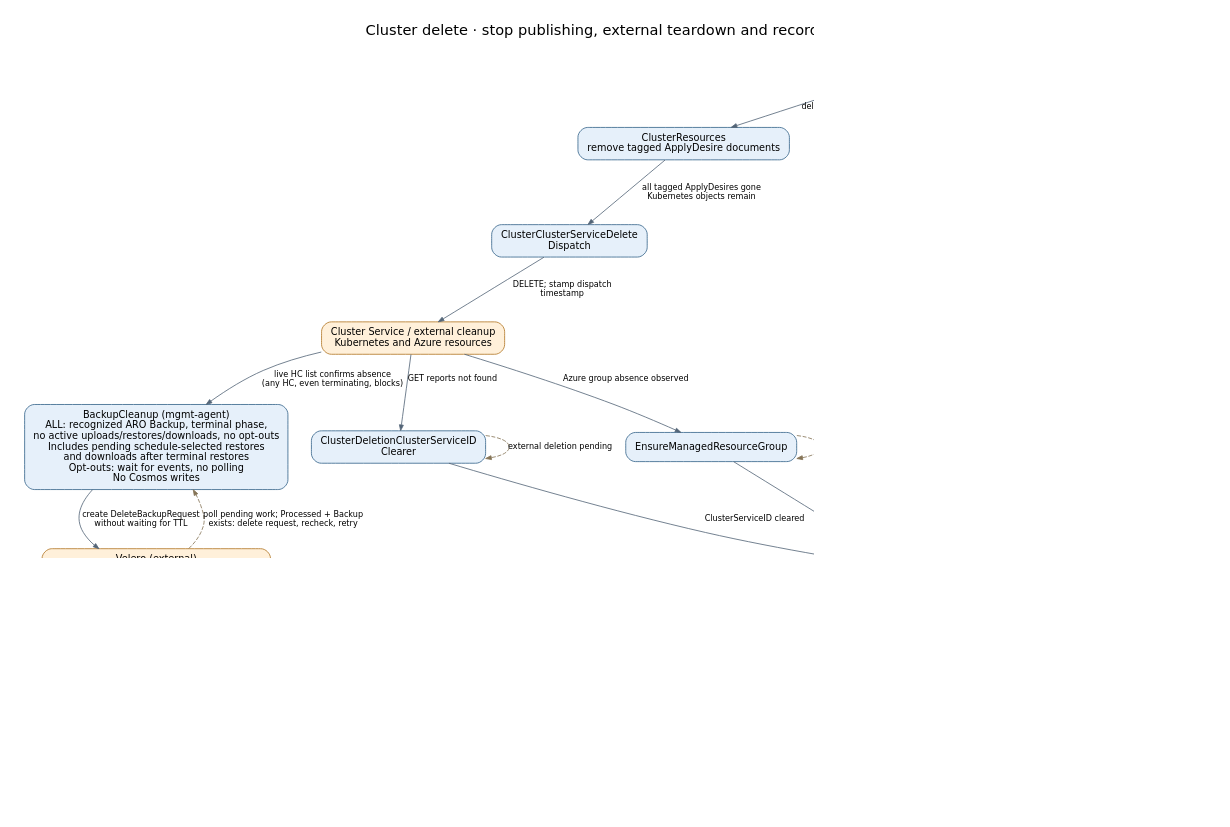
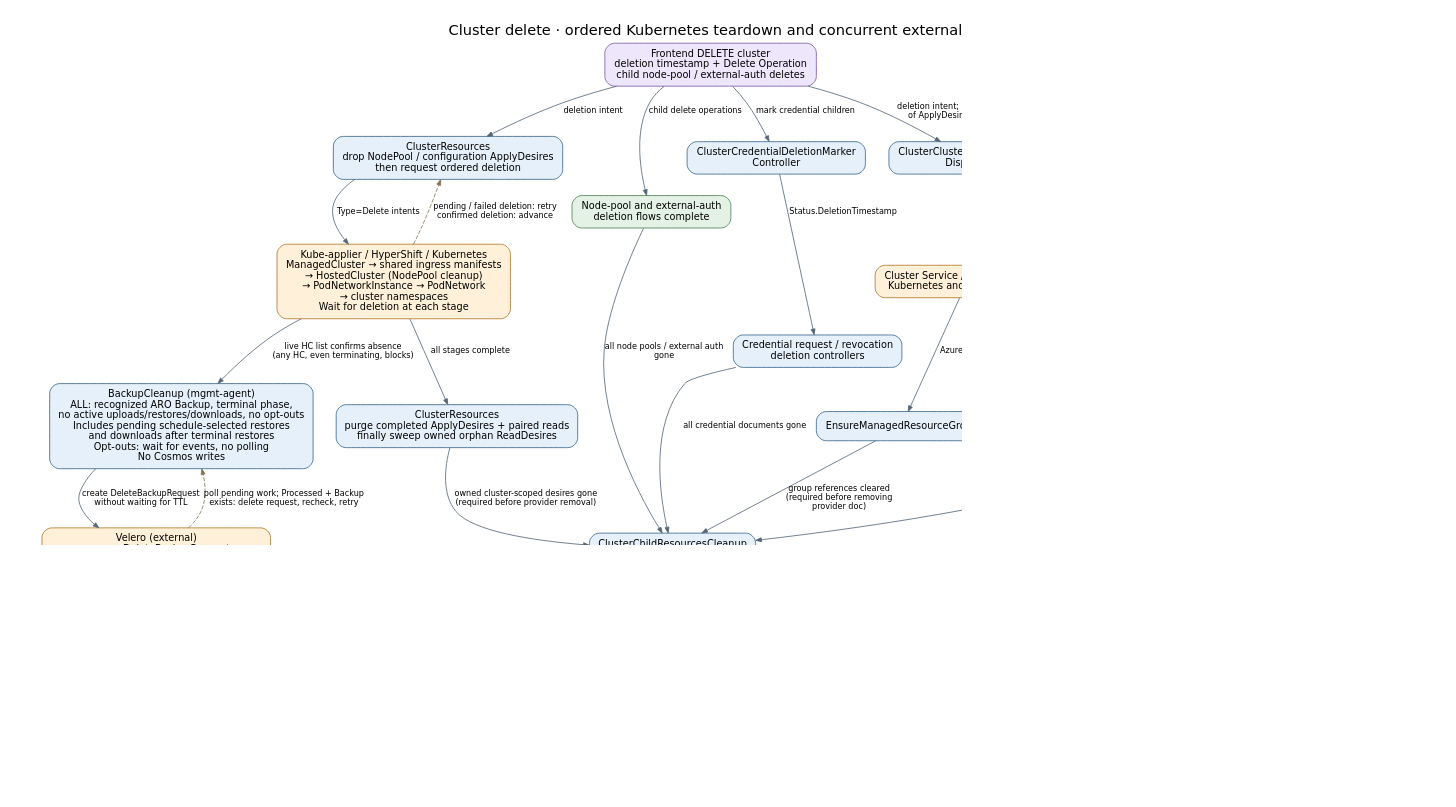
One commit to Azure/ARO-HCP changed the diagram in docs/diagrams/controller-flows/cluster-delete.dot. Above: the diagram before and after it, drawn with Graphviz. The commit also changed 5 other files, not shown here.

```diff
--- a/docs/diagrams/controller-flows/cluster-delete.dot
+++ b/docs/diagrams/controller-flows/cluster-delete.dot
@@ -1,42 +1,48 @@
 digraph cluster_delete {
-  graph [rankdir=TB, bgcolor="white", pad="0.3", nodesep="0.4", ranksep="0.55", fontname="DejaVu Sans", fontsize=18, labelloc=t, label="Cluster delete · stop publishing, external teardown and record cleanup", dpi=110];
+  graph [rankdir=TB, bgcolor="white", pad="0.3", nodesep="0.4", ranksep="0.55", fontname="DejaVu Sans", fontsize=18, labelloc=t, label="Cluster delete · ordered Kubernetes teardown and concurrent external cleanup", dpi=110];
   node [shape=box, style="rounded,filled", fillcolor="#e6f0fa", color="#35648a", fontname="DejaVu Sans", fontsize=12, margin="0.16,0.10"];
   edge [color="#536577", fontname="DejaVu Sans", fontsize=10, arrowsize=0.7];
   delete [label="Frontend DELETE cluster\ndeletion timestamp + Delete Operation\nchild node-pool / external-auth deletes", fillcolor="#eee7fb", color="#7b59a4"];
-  resources [label="ClusterResources\nremove tagged ApplyDesire documents", fillcolor="#e6f0fa", color="#35648a"];
+  resources [label="ClusterResources\ndrop NodePool / configuration ApplyDesires\nthen request ordered deletion", fillcolor="#e6f0fa", color="#35648a"];
+  ordered [label="Kube-applier / HyperShift / Kubernetes\nManagedCluster → shared ingress manifests\n→ HostedCluster (NodePool cleanup)\n→ PodNetworkInstance → PodNetwork\n→ cluster namespaces\nWait for deletion at each stage", fillcolor="#fff0da", color="#b27624"];
+  drained [label="ClusterResources\npurge completed ApplyDesires + paired reads\nfinally sweep owned orphan ReadDesires", fillcolor="#e6f0fa", color="#35648a"];
   dispatch [label="ClusterClusterServiceDelete\nDispatch", fillcolor="#e6f0fa", color="#35648a"];
   cs [label="Cluster Service / external cleanup\nKubernetes and Azure resources", fillcolor="#fff0da", color="#b27624"];
   clear [label="ClusterDeletionClusterServiceID\nClearer", fillcolor="#e6f0fa", color="#35648a"];
   marker [label="ClusterCredentialDeletionMarker\nController", fillcolor="#e6f0fa", color="#35648a"];
   credentials [label="Credential request / revocation\ndeletion controllers", fillcolor="#e6f0fa", color="#35648a"];
   children [label="Node-pool and external-auth\ndeletion flows complete", fillcolor="#e4f2e5", color="#4c8053"];
   group [label="EnsureManagedResourceGroup", fillcolor="#e6f0fa", color="#35648a"];
   cleanup [label="ClusterChildResourcesCleanup\nController", fillcolor="#e6f0fa", color="#35648a"];
   final [label="ClusterDeletionController", fillcolor="#e6f0fa", color="#35648a"];
   op [label="OperationClusterDelete", fillcolor="#e6f0fa", color="#35648a"];
   done [label="ARM Delete Operation Succeeded", fillcolor="#e4f2e5", color="#4c8053"];
   backups [label="BackupCleanup (mgmt-agent)\nALL: recognized ARO Backup, terminal phase,\nno active uploads/restores/downloads, no opt-outs\nIncludes pending schedule-selected restores\nand downloads after terminal restores\nOpt-outs: wait for events, no polling\nNo Cosmos writes", fillcolor="#e6f0fa", color="#35648a"];
   velero [label="Velero (external)\nprocess DeleteBackupRequest\ndelete Backup and associated backup data", fillcolor="#fff0da", color="#b27624"];
   retained [label="Backup absent: stop reconciling\nBackupRepositories retained for Kopia maintenance\nNot proof of repository GC; not an ARM gate", fillcolor="#e4f2e5", color="#4c8053"];
   delete -> resources [label="deletion intent"];
-  resources -> dispatch [label="all tagged ApplyDesires gone\nKubernetes objects remain"];
+  resources -> ordered [label="Type=Delete intents"];
+  ordered -> resources [label="pending / failed deletion: retry\nconfirmed deletion: advance", style=dashed, color="#857456"];
+  ordered -> drained [label="all stages complete"];
+  drained -> cleanup [label="owned cluster-scoped desires gone\n(required before provider removal)"];
+  delete -> dispatch [label="deletion intent; independent\nof ApplyDesire cleanup"];
   dispatch -> cs [label="DELETE; stamp dispatch\ntimestamp"];
   cs -> clear [label="GET reports not found"];
-  cs -> backups [label="live HC list confirms absence\n(any HC, even terminating, blocks)"];
+  ordered -> backups [label="live HC list confirms absence\n(any HC, even terminating, blocks)"];
   backups -> velero [label="create DeleteBackupRequest\nwithout waiting for TTL"];
   velero -> backups [label="poll pending work; Processed + Backup\nexists: delete request, recheck, retry", style=dashed, color="#857456"];
   velero -> retained [label="live Backup GET: NotFound"];
   delete -> marker [label="mark credential children"];
   marker -> credentials [label="Status.DeletionTimestamp"];
   delete -> children [label="child delete operations"];
   cs -> group [label="Azure group absence observed"];
   clear -> cleanup [label="ClusterServiceID cleared"];
   credentials -> cleanup [label="all credential documents gone"];
   children -> cleanup [label="all node pools / external auth\ngone"];
   group -> cleanup [label="group references cleared\n(required before removing\nprovider doc)"];
   cleanup -> final [label="nested resources and intents\ngone"];
   final -> op [label="billing DeletionTime; cluster\ndoc deleted"];
   op -> done [label="document absence observed"];
   clear -> clear [label="external deletion pending", style=dashed, color="#857456", constraint=false];
   group -> group [label="group still exists: observe again\n(or delete if orphaned)", style=dashed, color="#857456", constraint=false];
 }
```
